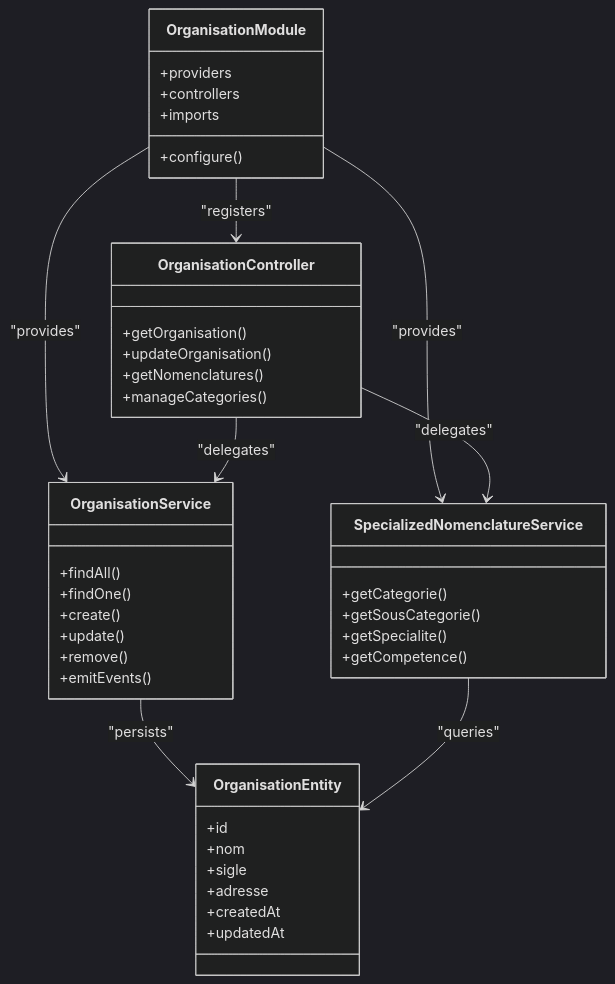
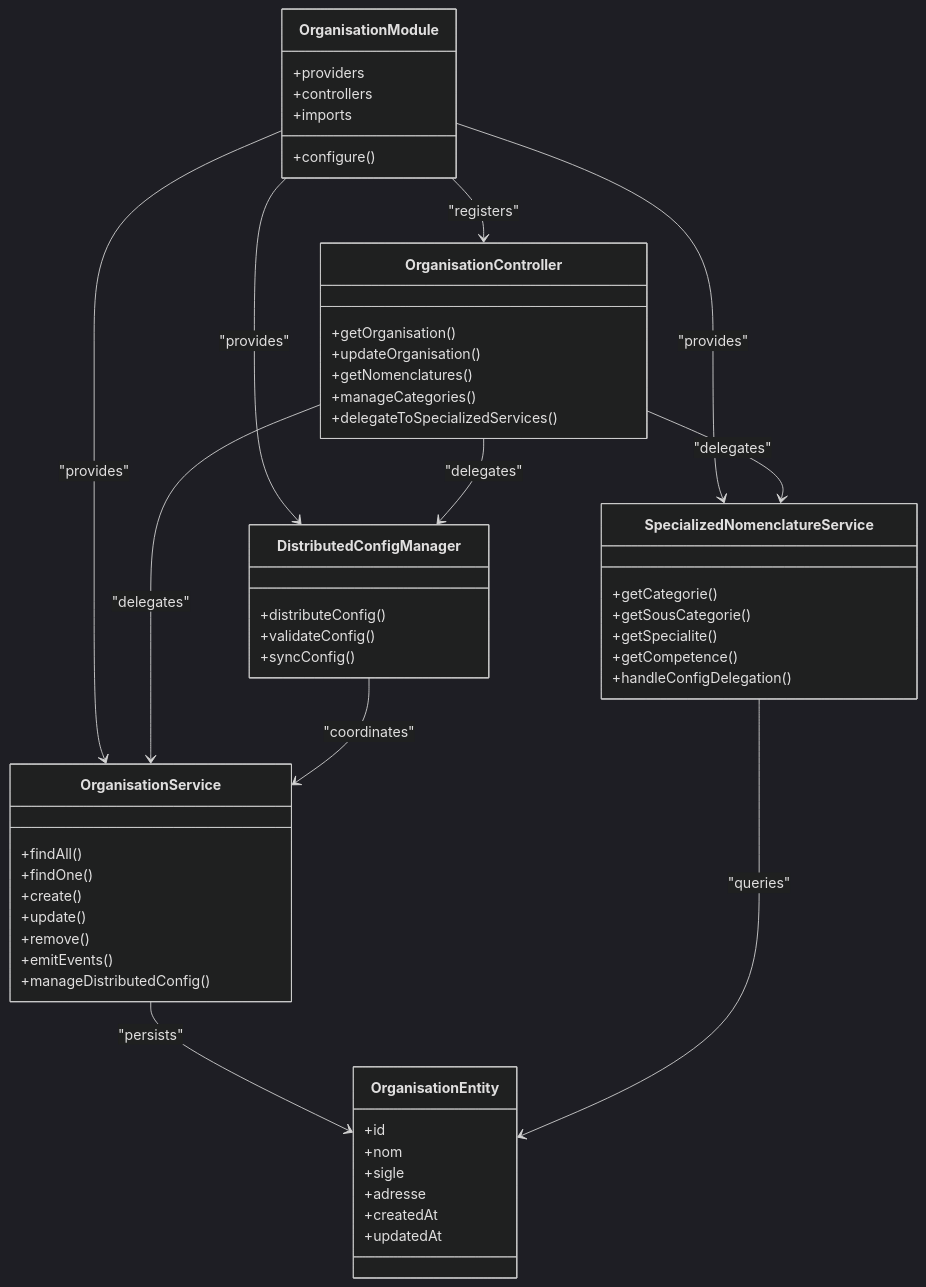
The second of 19 diagrams in .qoder/repowiki/en/content/System Architecture/Backend Architecture/Backend Architecture.md (franckylab/eLISAschool), drawn with Mermaid (dark theme) before and after one commit. The commit also changed other lines of this file and 262 other files, not shown here.

First line of the commit message:
refactor(architecture): améliorer gestion distribuée de la configuration et délégation contrôleur

````diff
--- a/.qoder/repowiki/en/content/System Architecture/Backend Architecture/Backend Architecture.md
+++ b/.qoder/repowiki/en/content/System Architecture/Backend Architecture/Backend Architecture.md
@@ -178,44 +182,55 @@
 ```mermaid
 classDiagram
 class OrganisationModule {
 +configure()
 +providers
 +controllers
 +imports
 }
 class OrganisationController {
 +getOrganisation()
 +updateOrganisation()
 +getNomenclatures()
 +manageCategories()
++delegateToSpecializedServices()
 }
 class OrganisationService {
 +findAll()
 +findOne()
 +create()
 +update()
 +remove()
 +emitEvents()
++manageDistributedConfig()
 }
 class SpecializedNomenclatureService {
 +getCategorie()
 +getSousCategorie()
 +getSpecialite()
 +getCompetence()
++handleConfigDelegation()
+}
+class DistributedConfigManager {
++distributeConfig()
++validateConfig()
++syncConfig()
 }
 class OrganisationEntity {
 +id
 +nom
 +sigle
 +adresse
 +createdAt
 +updatedAt
 }
 OrganisationModule --> OrganisationController : "registers"
 OrganisationModule --> OrganisationService : "provides"
 OrganisationModule --> SpecializedNomenclatureService : "provides"
+OrganisationModule --> DistributedConfigManager : "provides"
 OrganisationController --> OrganisationService : "delegates"
 OrganisationController --> SpecializedNomenclatureService : "delegates"
+OrganisationController --> DistributedConfigManager : "delegates"
 OrganisationService --> OrganisationEntity : "persists"
 SpecializedNomenclatureService --> OrganisationEntity : "queries"
+DistributedConfigManager --> OrganisationService : "coordinates"
 ```
````
